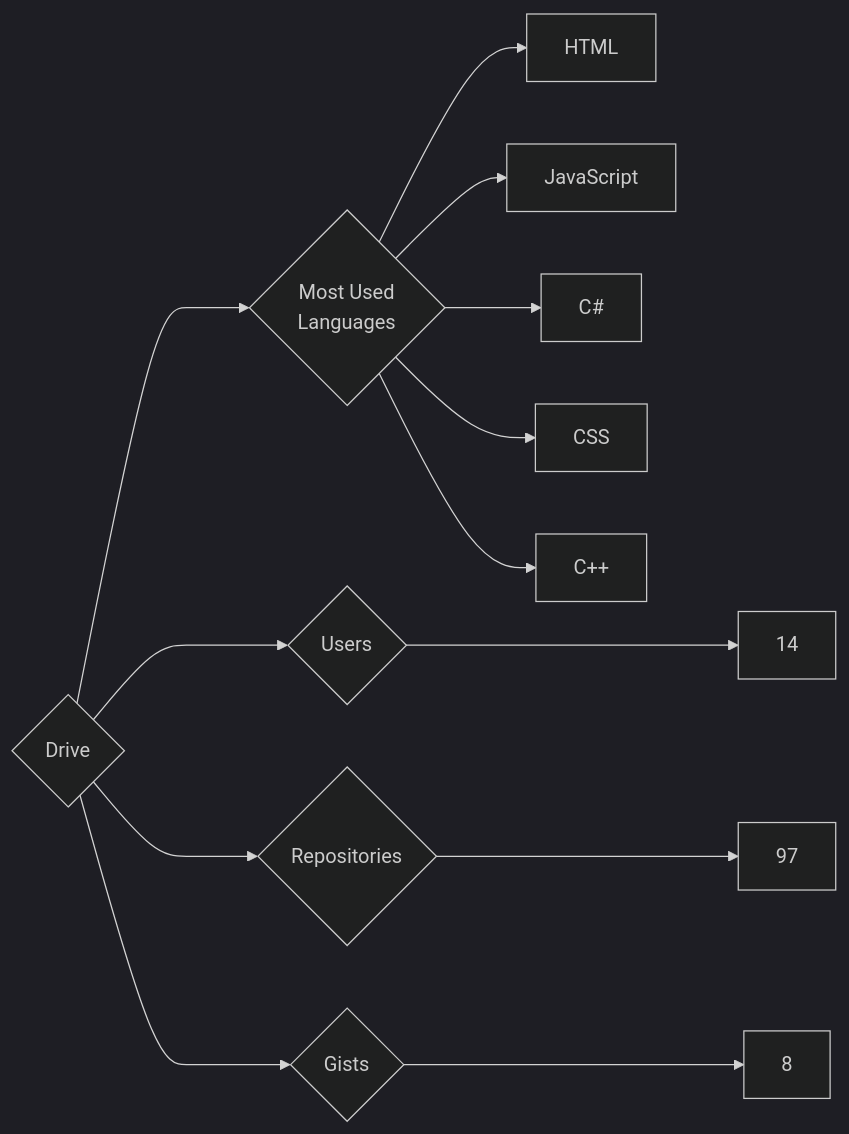
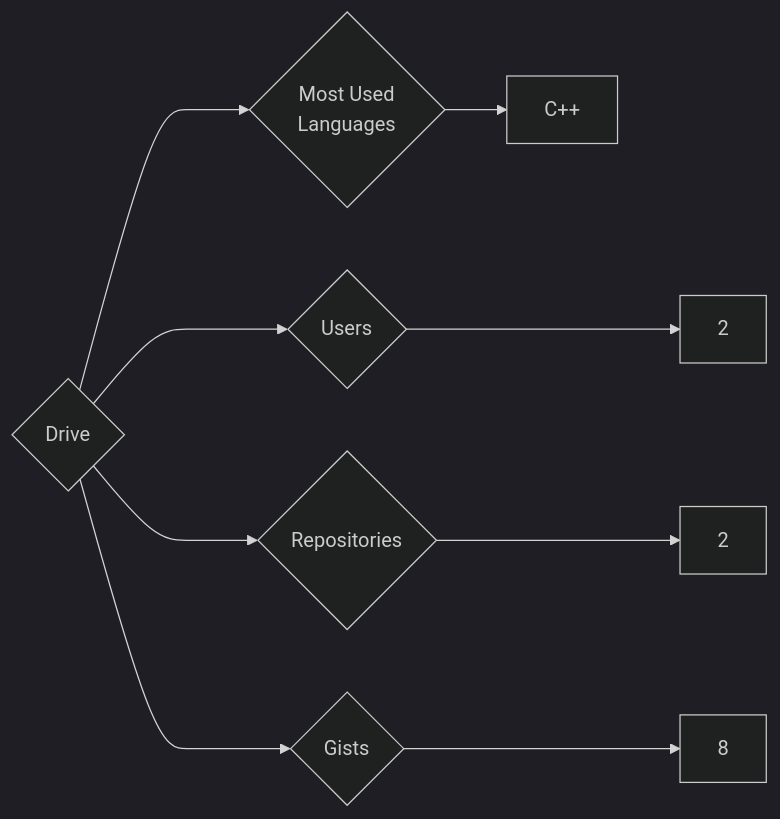
Before and after one commit to trickest/insiders: the diagram in targets/Drive/README.md, drawn with Mermaid (dark theme). The commit also changed 891 other files, not shown here.

````diff
--- a/targets/Drive/README.md
+++ b/targets/Drive/README.md
@@ -3,13 +3,9 @@
 ```mermaid
 graph LR
 COMPANY_NAME{Drive}
-COMPANY_NAME ---> U{Users} ---> UN[14]
-COMPANY_NAME ---> R{Repositories} ---> RN[97]
+COMPANY_NAME ---> U{Users} ---> UN[2]
+COMPANY_NAME ---> R{Repositories} ---> RN[2]
 COMPANY_NAME ---> G{Gists} ---> GN[8]
 COMPANY_NAME ---> ML{Most Used<br>Languages}
-ML --> HTML[HTML]
-ML --> JavaScript[JavaScript]
-ML --> C#[C#]
-ML --> CSS[CSS]
 ML --> C++[C++]
 ```
````
